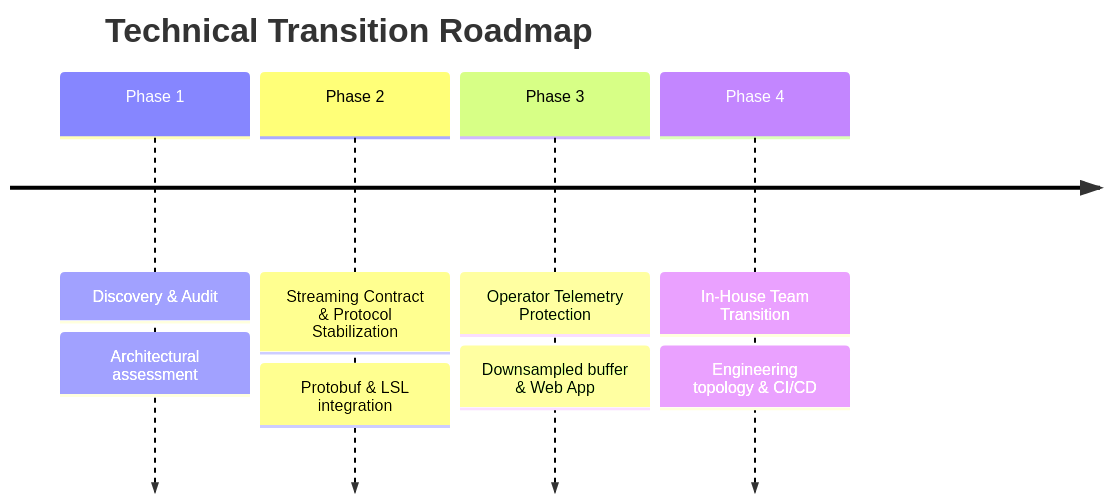
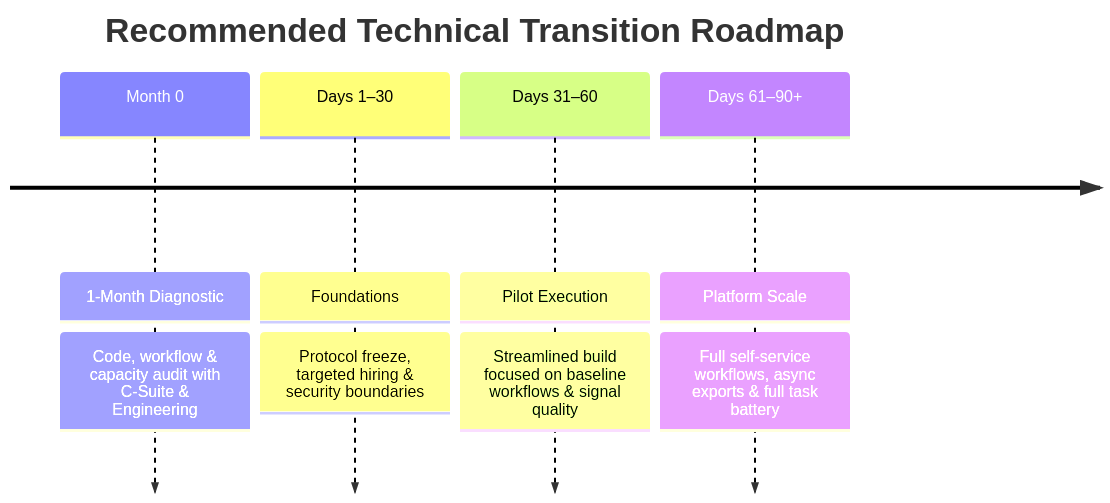
The second of 2 diagrams in src/content/projects/evolve.md (keolo/keolo-com), drawn with Mermaid before and after one commit. The commit also changed other lines of this file, not shown here.

First line of the commit message:
docs(projects): reframe Evolve case study as pilot readiness diagnostic

````diff
--- a/src/content/projects/evolve.md
+++ b/src/content/projects/evolve.md
@@ -79,8 +77,8 @@
 ```mermaid
 timeline
-    title Technical Transition Roadmap
-    Phase 1 : Discovery & Audit : Architectural assessment
-    Phase 2 : Streaming Contract & Protocol Stabilization : Protobuf & LSL integration
-    Phase 3 : Operator Telemetry Protection : Downsampled buffer & Web App
-    Phase 4 : In-House Team Transition : Engineering topology & CI/CD
+    title Recommended Technical Transition Roadmap
+    Month 0 : 1-Month Diagnostic : Code, workflow & capacity audit with C-Suite & Engineering
+    Days 1–30 : Foundations : Protocol freeze, targeted hiring & security boundaries
+    Days 31–60 : Pilot Execution : Streamlined build focused on baseline workflows & signal quality
+    Days 61–90+ : Platform Scale : Full self-service workflows, async exports & full task battery
 ```
````
